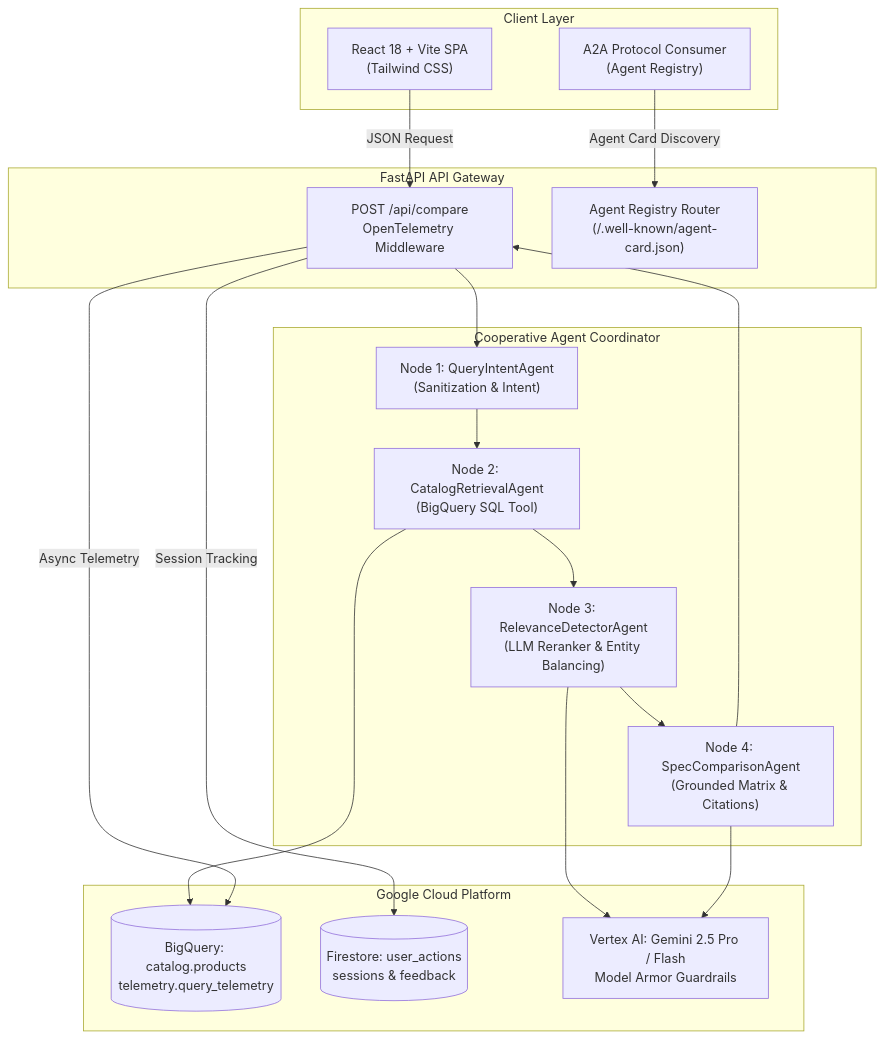
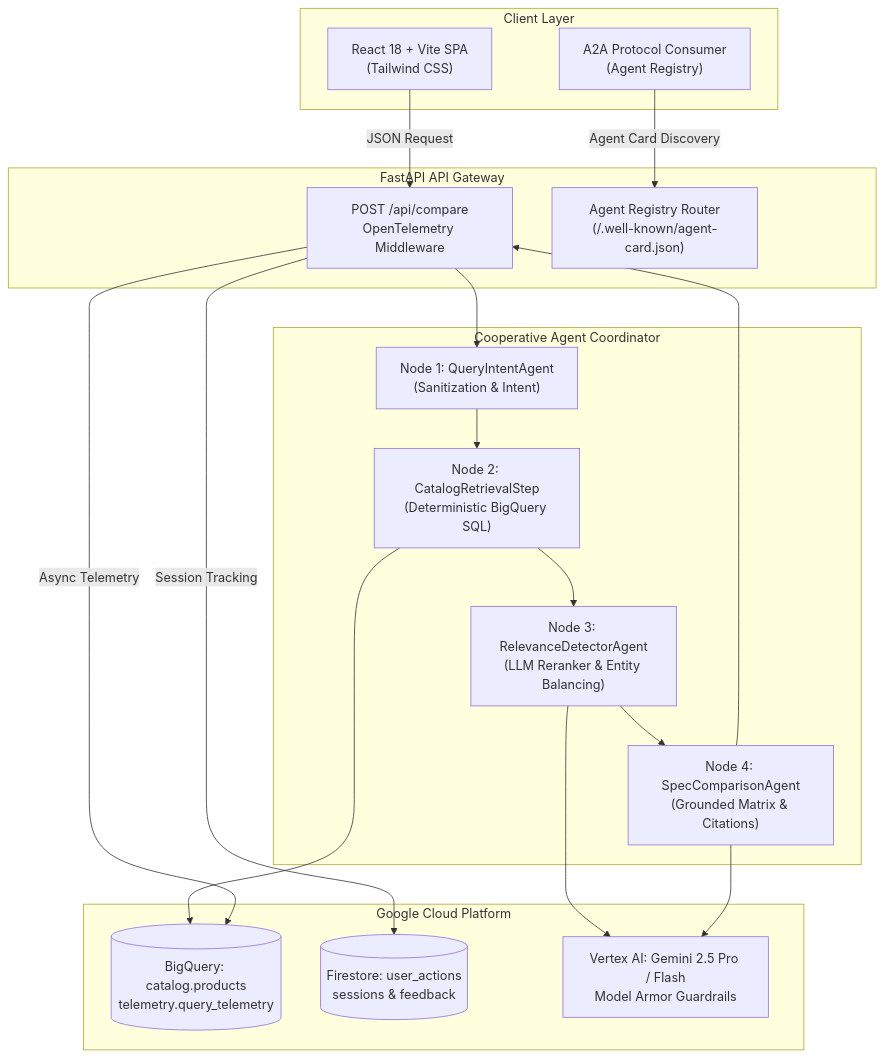
Before and after one commit to willie3838/williamc-ecomm-capstone: the diagram in README.md, drawn with Mermaid. The commit also changed other lines of this file and 22 other files, not shown here.

````diff
--- a/README.md
+++ b/README.md
@@ -40,38 +43,38 @@
 ```mermaid
 flowchart TD
     subgraph ClientLayer["Client Layer"]
         UI["React 18 + Vite SPA<br/>(Tailwind CSS)"]
         A2A["A2A Protocol Consumer<br/>(Agent Registry)"]
     end
 
     subgraph Gateway["FastAPI API Gateway"]
         API["POST /api/compare<br/>OpenTelemetry Middleware"]
         REG["Agent Registry Router<br/>(/.well-known/agent-card.json)"]
     end
 
     subgraph MultiAgent["Cooperative Agent Coordinator"]
         NODE1["Node 1: QueryIntentAgent<br/>(Sanitization & Intent)"]
-        NODE2["Node 2: CatalogRetrievalAgent<br/>(BigQuery SQL Tool)"]
+        NODE2["Node 2: CatalogRetrievalStep<br/>(Deterministic BigQuery SQL)"]
         NODE3["Node 3: RelevanceDetectorAgent<br/>(LLM Reranker & Entity Balancing)"]
         NODE4["Node 4: SpecComparisonAgent<br/>(Grounded Matrix & Citations)"]
     end
 
     subgraph DataGCP["Google Cloud Platform"]
         BQ[("BigQuery: catalog.products<br/>telemetry.query_telemetry")]
         FS[("Firestore: user_actions<br/>sessions & feedback")]
         VERTEX["Vertex AI: Gemini 2.5 Pro / Flash<br/>Model Armor Guardrails"]
     end
 
     UI -->|JSON Request| API
     A2A -->|Agent Card Discovery| REG
     API --> NODE1
     NODE1 --> NODE2
     NODE2 --> BQ
     NODE2 --> NODE3
     NODE3 --> VERTEX
     NODE3 --> NODE4
     NODE4 --> VERTEX
     NODE4 --> API
     API -->|Async Telemetry| BQ
     API -->|Session Tracking| FS
 ```
````
